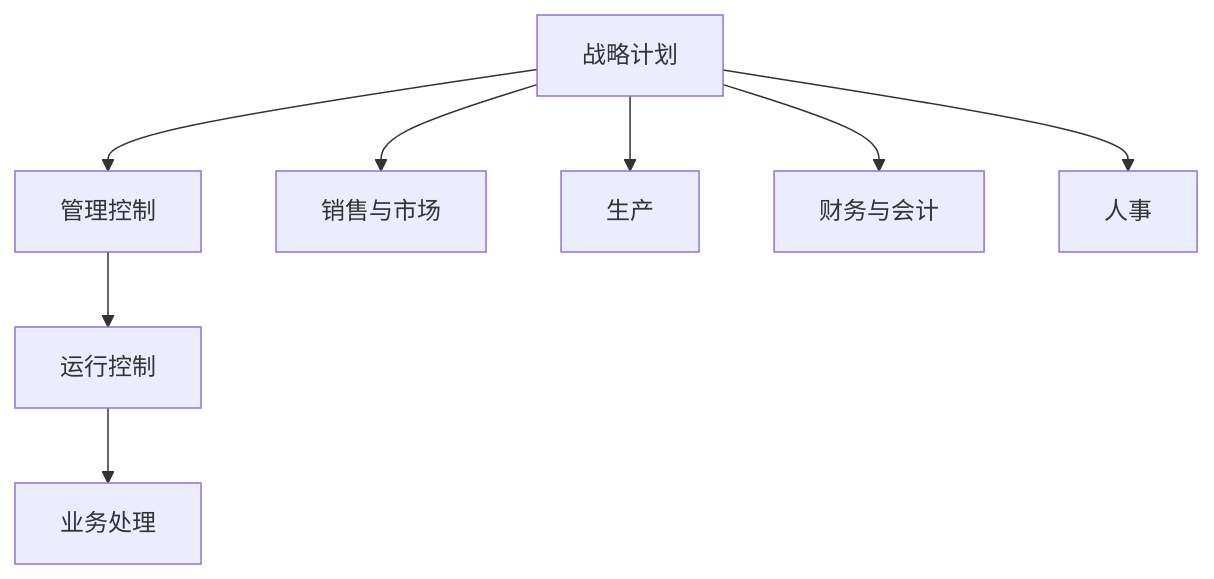
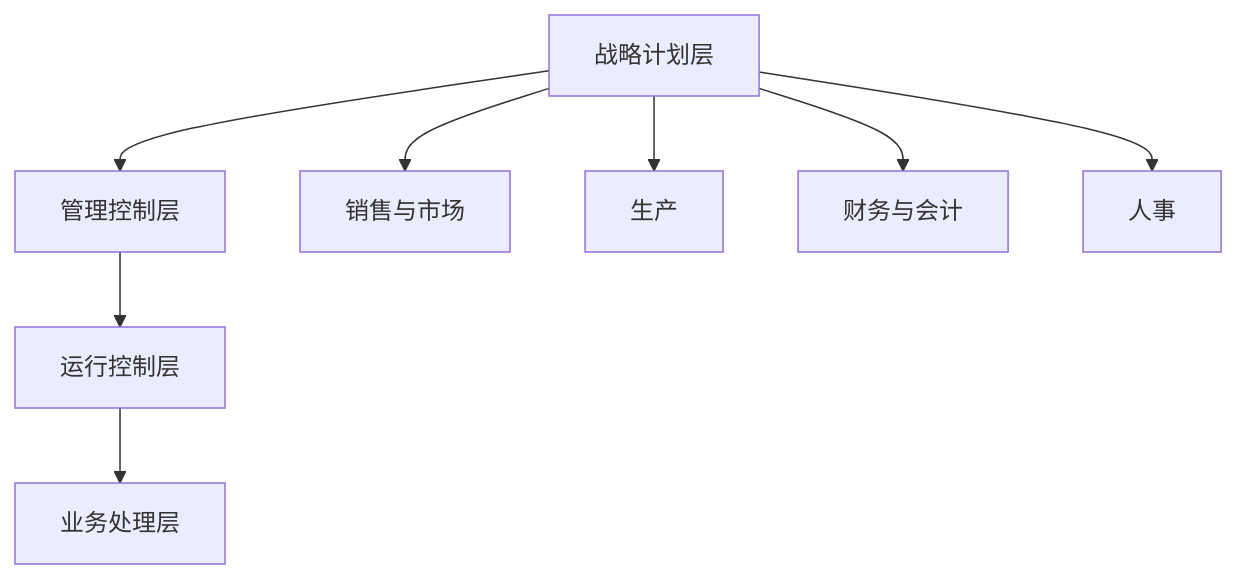
Before and after one commit to Norman-pong/architect-prep: the fourth of 13 diagrams in server/internal/seed/markdown/ch03.md, drawn with Mermaid. The commit also changed other lines of this file and 29 other files, not shown here.

````diff
--- a/server/internal/seed/markdown/ch03.md
+++ b/server/internal/seed/markdown/ch03.md
@@ -45,10 +141,10 @@
 ```mermaid
 graph TD
-    A[战略计划] --> B[管理控制]
-    B --> C[运行控制]
-    C --> D[业务处理]
+    A[战略计划层] --> B[管理控制层]
+    B --> C[运行控制层]
+    C --> D[业务处理层]
     A --> A1[销售与市场]
     A --> A2[生产]
     A --> A3[财务与会计]
     A --> A4[人事]
 ```
````
